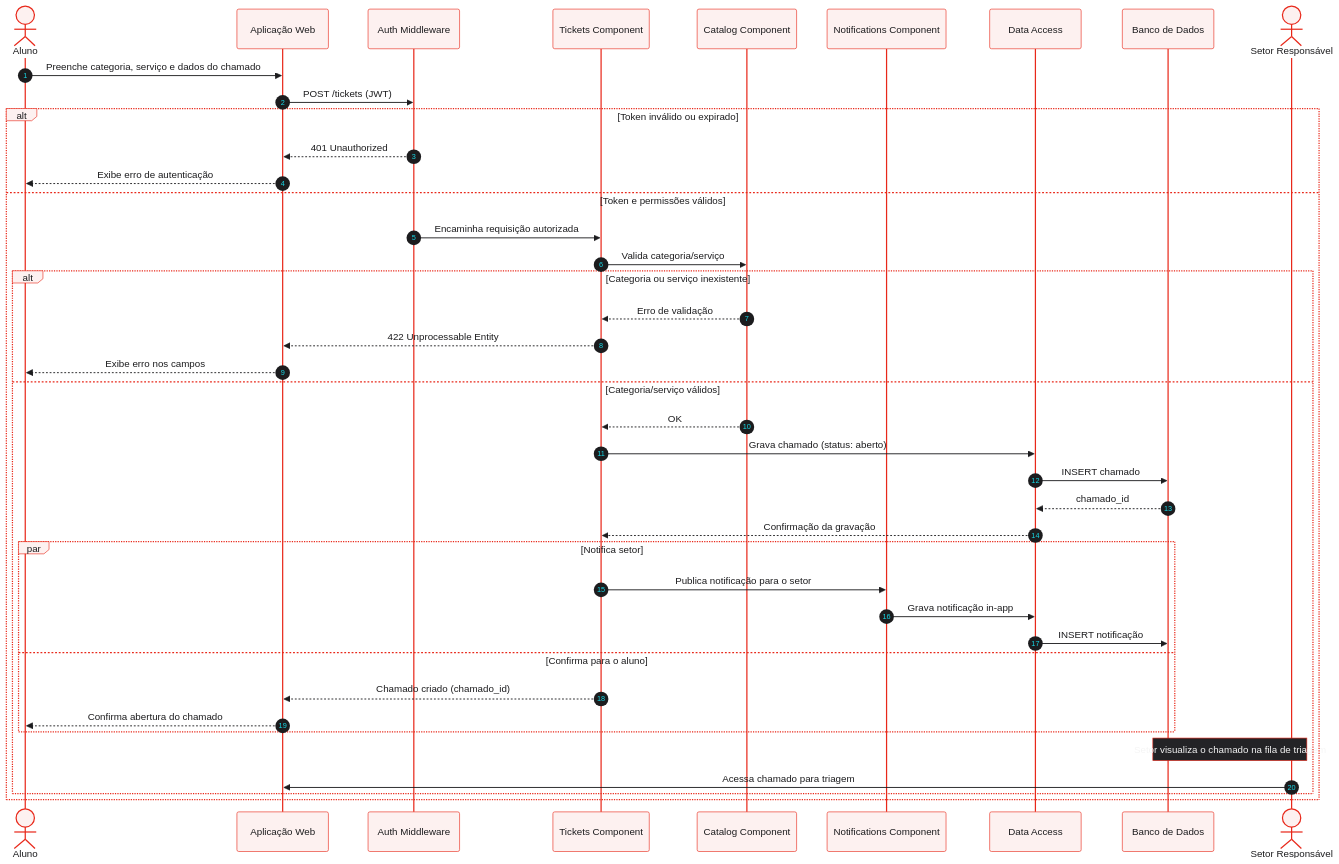
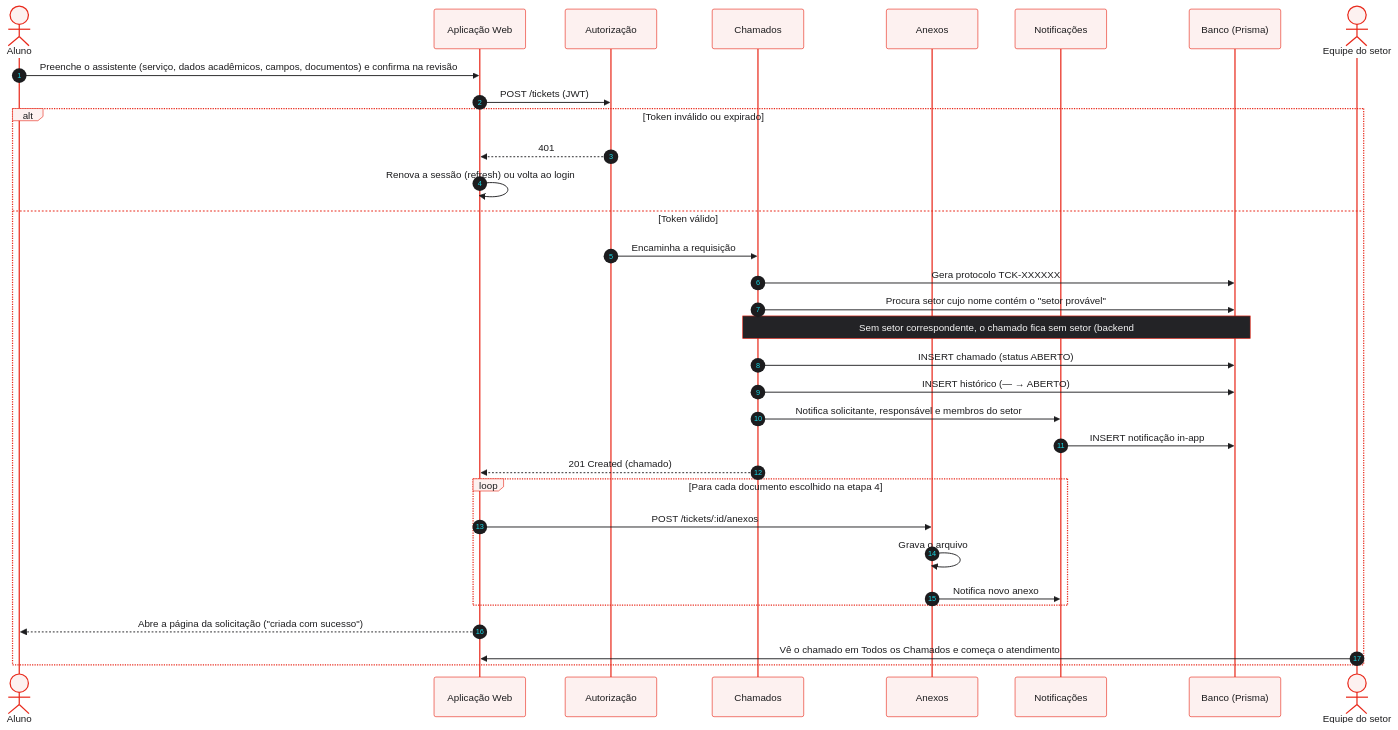
Before and after one commit to 4dsm2026/docs_fatecProjeto: the diagram in docs/Diagrama_C4/04_Dinamico.mdx, drawn with Mermaid. The commit also changed other lines of this file and 9 other files, not shown here.

````diff
--- a/docs/Diagrama_C4/04_Dinamico.mdx
+++ b/docs/Diagrama_C4/04_Dinamico.mdx
@@ -9,65 +11,56 @@
 ```mermaid
 %%{init: {
   "theme": "base",
   "themeVariables": {
     "primaryColor": "#f7d9d6",
     "primaryTextColor": "#1c1c1e",
     "primaryBorderColor": "#e8281a",
     "lineColor": "#e8281a",
     "actorBkg": "#fdf1f0",
     "actorBorder": "#e8281a",
     "actorTextColor": "#1c1c1e",
     "activationBkgColor": "#f7d9d6",
     "activationBorderColor": "#e8281a",
     "noteBkgColor": "#232326",
     "noteTextColor": "#f5f5f5",
     "noteBorderColor": "#e8281a"
   }
 }}%%
 sequenceDiagram
     autonumber
     actor Aluno
     participant Web as Aplicação Web
-    participant Auth as Auth Middleware
-    participant Tickets as Tickets Component
-    participant Catalog as Catalog Component
-    participant Notif as Notifications Component
-    participant Data as Data Access
-    participant DB as Banco de Dados
-    actor Setor as Setor Responsável
+    participant Auth as Autorização
+    participant Tickets as Chamados
+    participant Anexos as Anexos
+    participant Notif as Notificações
+    participant DB as Banco (Prisma)
+    actor Equipe as Equipe do setor
 
-    Aluno->>Web: Preenche categoria, serviço e dados do chamado
+    Aluno->>Web: Preenche o assistente (serviço, dados acadêmicos, campos, documentos) e confirma na revisão
     Web->>Auth: POST /tickets (JWT)
 
     alt Token inválido ou expirado
-        Auth-->>Web: 401 Unauthorized
-        Web-->>Aluno: Exibe erro de autenticação
-    else Token e permissões válidos
-        Auth->>Tickets: Encaminha requisição autorizada
-        Tickets->>Catalog: Valida categoria/serviço
+        Auth-->>Web: 401
+        Web->>Web: Renova a sessão (refresh) ou volta ao login
+    else Token válido
+        Auth->>Tickets: Encaminha a requisição
+        Tickets->>DB: Gera protocolo TCK-XXXXXX
+        Tickets->>DB: Procura setor cujo nome contém o "setor provável"
+        Note over Tickets,DB: Sem setor correspondente, o chamado fica sem setor (backend#114)
+        Tickets->>DB: INSERT chamado (status ABERTO)
+        Tickets->>DB: INSERT histórico (— → ABERTO)
+        Tickets->>Notif: Notifica solicitante, responsável e membros do setor
+        Notif->>DB: INSERT notificação in-app
+        Tickets-->>Web: 201 Created (chamado)
 
-        alt Categoria ou serviço inexistente
-            Catalog-->>Tickets: Erro de validação
-            Tickets-->>Web: 422 Unprocessable Entity
-            Web-->>Aluno: Exibe erro nos campos
-        else Categoria/serviço válidos
-            Catalog-->>Tickets: OK
-            Tickets->>Data: Grava chamado (status: aberto)
-            Data->>DB: INSERT chamado
-            DB-->>Data: chamado_id
-            Data-->>Tickets: Confirmação da gravação
+        loop Para cada documento escolhido na etapa 4
+            Web->>Anexos: POST /tickets/:id/anexos
+            Anexos->>Anexos: Grava o arquivo
+            Anexos->>Notif: Notifica novo anexo
+        end
 
-            par Notifica setor
-                Tickets->>Notif: Publica notificação para o setor
-                Notif->>Data: Grava notificação in-app
-                Data->>DB: INSERT notificação
-            and Confirma para o aluno
-                Tickets-->>Web: Chamado criado (chamado_id)
-                Web-->>Aluno: Confirma abertura do chamado
-            end
-
-            note over Setor,DB: Setor visualiza o chamado na fila de triagem
-            Setor->>Web: Acessa chamado para triagem
-        end
+        Web-->>Aluno: Abre a página da solicitação ("criada com sucesso")
+        Equipe->>Web: Vê o chamado em Todos os Chamados e começa o atendimento
     end
 ```
````
